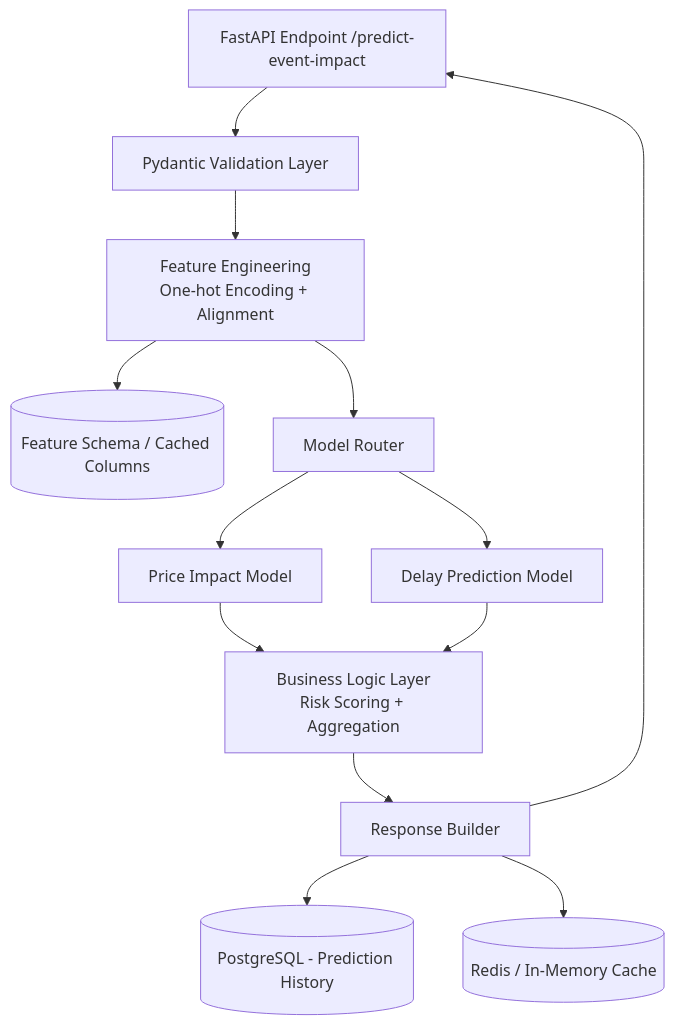
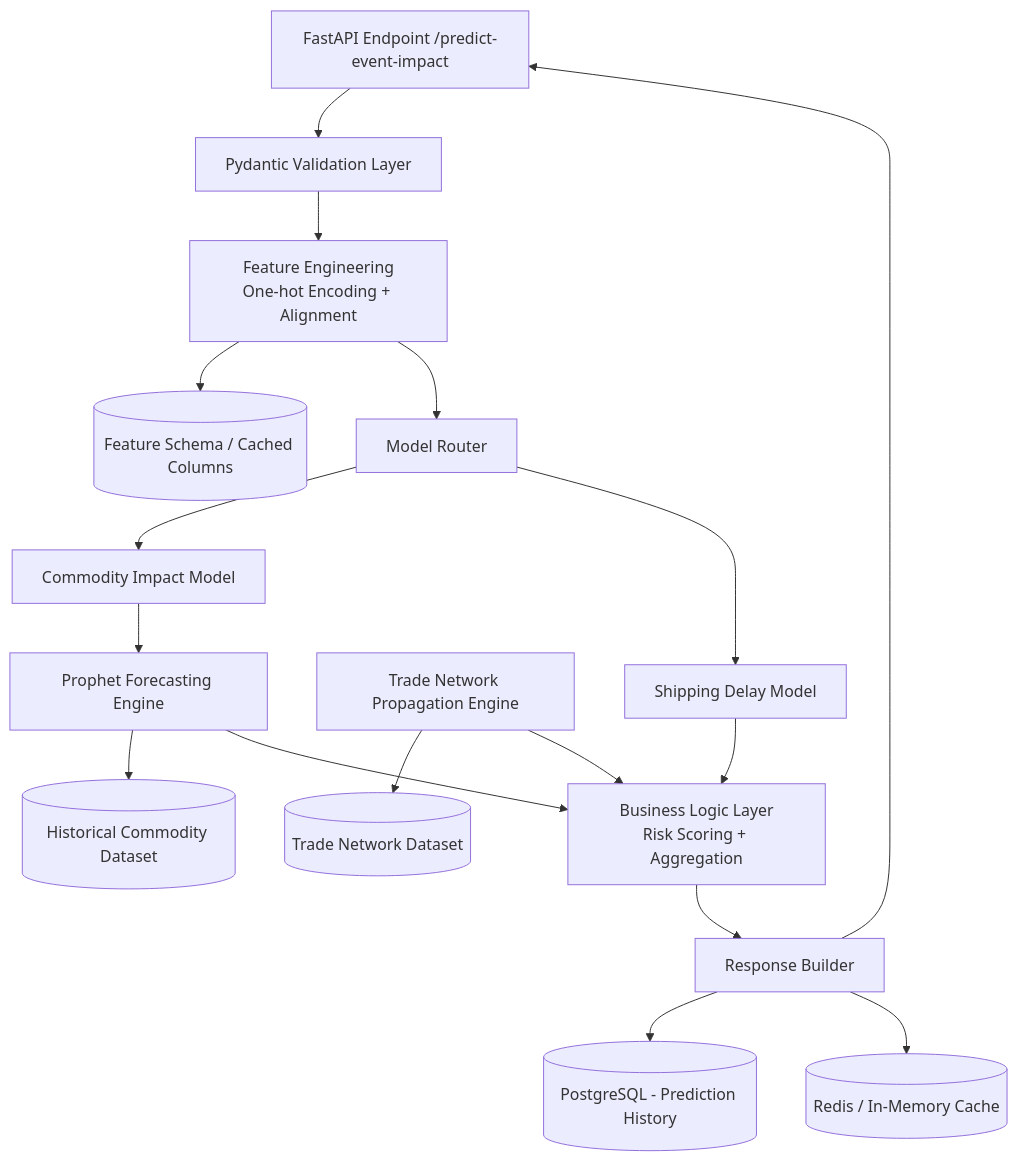
One commit to pleasingsunlight/geoflation changed the fourth of 4 diagrams in README.md. Above: the diagram before and after it, drawn with Mermaid. The commit also changed other lines of this file, not shown here.

````diff
--- a/README.md
+++ b/README.md
@@ -115,43 +149,58 @@
 ```mermaid
 graph TD
 
 API[FastAPI Endpoint /predict-event-impact]
 
 Validation[Pydantic Validation Layer]
 
 FeatureEng[Feature Engineering<br/>One-hot Encoding + Alignment]
 
 FeatureStore[(Feature Schema / Cached Columns)]
 
 ModelRouter[Model Router]
 
-PriceModel[Price Impact Model]
-DelayModel[Delay Prediction Model]
+PriceModel[Commodity Impact Model]
+DelayModel[Shipping Delay Model]
+
+TradeGraph[Trade Network Propagation Engine]
+
+ForecastEngine[Prophet Forecasting Engine]
+
+CommodityData[(Historical Commodity Dataset)]
+
+TradeDataset[(Trade Network Dataset)]
 
 PostProcess[Business Logic Layer<br/>Risk Scoring + Aggregation]
 
 Formatter[Response Builder]
 
 DB[(PostgreSQL - Prediction History)]
 
 Cache[(Redis / In-Memory Cache)]
 
 API --> Validation
 Validation --> FeatureEng
 FeatureEng --> FeatureStore
 
 FeatureEng --> ModelRouter
 
 ModelRouter --> PriceModel
 ModelRouter --> DelayModel
 
-PriceModel --> PostProcess
+PriceModel --> ForecastEngine
+ForecastEngine --> CommodityData
+
 DelayModel --> PostProcess
+
+TradeGraph --> TradeDataset
+TradeGraph --> PostProcess
+
+ForecastEngine --> PostProcess
 
 PostProcess --> Formatter
 
 Formatter --> DB
 Formatter --> Cache
 
 Formatter --> API
 ```
````
